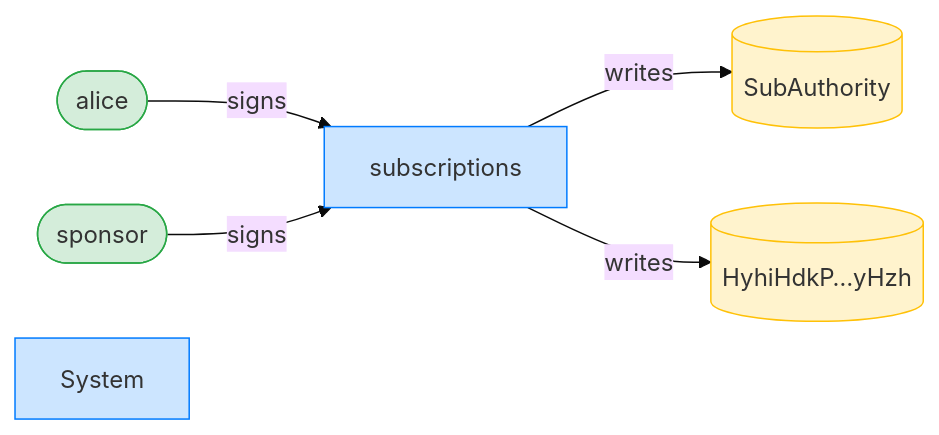
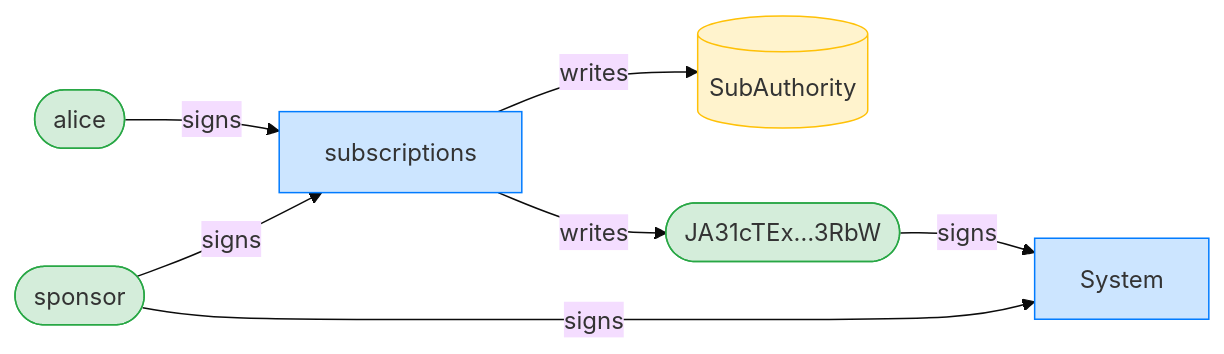
One commit to cds-rs/subscriptions changed the seventh of 8 diagrams in dsl_tests/revoke-with-a-wrong-receiver-is-unauthorized.md. Above: the diagram before and after it, drawn with Mermaid (base theme). The commit also changed other lines of this file and 224 other files, not shown here.

````diff
--- a/dsl_tests/revoke-with-a-wrong-receiver-is-unauthorized.md
+++ b/dsl_tests/revoke-with-a-wrong-receiver-is-unauthorized.md
@@ -131,16 +137,18 @@
 ```mermaid
 flowchart LR
     classDef signer fill:#d4edda,stroke:#28a745;
     classDef program fill:#cce5ff,stroke:#007bff;
     classDef writable fill:#fff3cd,stroke:#ffc107;
     subscriptions[subscriptions]:::program
     alice([alice]):::signer
     SubAuthority[(SubAuthority)]:::writable
-    HyhiHdkP_yHzh[("HyhiHdkP…yHzh")]:::writable
+    JA31cTEx_3RbW(["JA31cTEx…3RbW"]):::signer
     sponsor([sponsor]):::signer
     System[System]:::program
     alice -->|signs| subscriptions
     sponsor -->|signs| subscriptions
+    sponsor -->|signs| System
+    JA31cTEx_3RbW -->|signs| System
     subscriptions -->|writes| SubAuthority
-    subscriptions -->|writes| HyhiHdkP_yHzh
+    subscriptions -->|writes| JA31cTEx_3RbW
 ```
````
